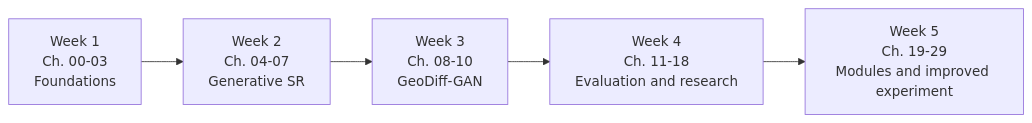
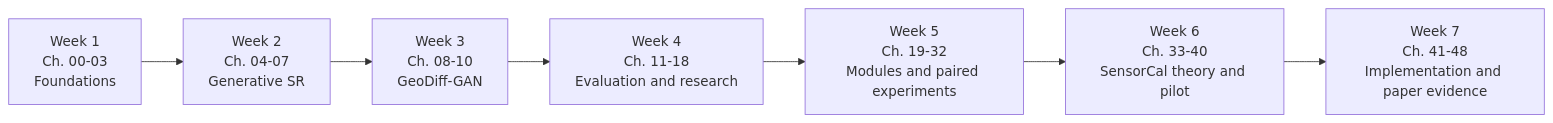
The first of 2 diagrams in learning/README.md (shashankjs2002/SI-SR-1), drawn with Mermaid before and after one commit. The commit also changed other lines of this file and 17 other files, not shown here.

Commit message:
docs(learning): add SensorCal research paper course

````diff
--- a/learning/README.md
+++ b/learning/README.md
@@ -61,8 +80,10 @@
 ```mermaid
 flowchart LR
     A["Week 1<br/>Ch. 00-03<br/>Foundations"] -->
     B["Week 2<br/>Ch. 04-07<br/>Generative SR"] -->
     C["Week 3<br/>Ch. 08-10<br/>GeoDiff-GAN"] -->
     D["Week 4<br/>Ch. 11-18<br/>Evaluation and research"] -->
-    E["Week 5<br/>Ch. 19-29<br/>Modules and improved experiment"]
+    E["Week 5<br/>Ch. 19-32<br/>Modules and paired experiments"] -->
+    F["Week 6<br/>Ch. 33-40<br/>SensorCal theory and pilot"] -->
+    G["Week 7<br/>Ch. 41-48<br/>Implementation and paper evidence"]
 ```
````
